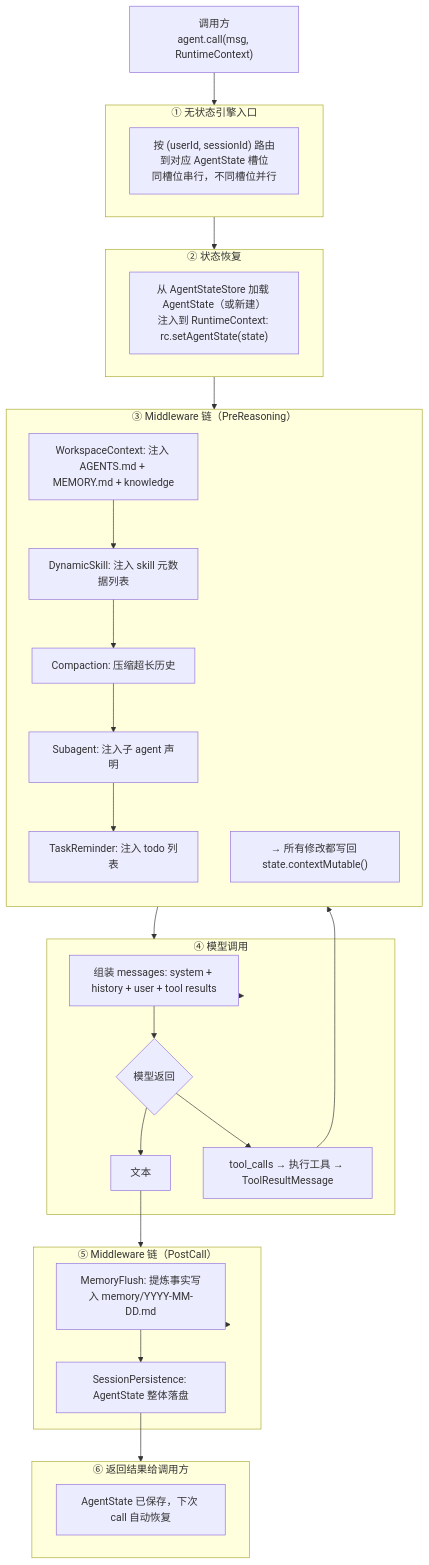
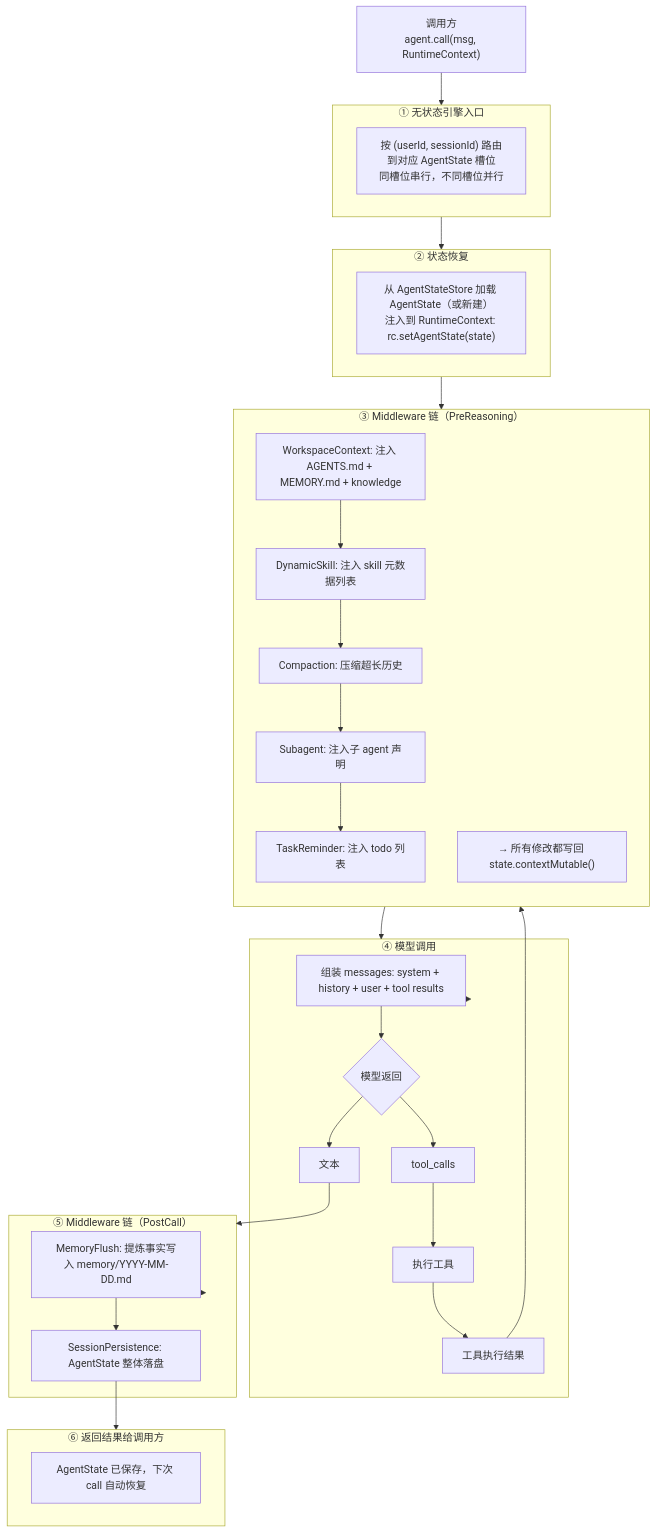
Before and after one commit to Kuangcp/Note: the third of 3 diagrams in Ai/FrameWork/AgentScope.md, drawn with Mermaid. The commit also changed other lines of this file and 1 other file, not shown here.

````diff
--- a/Ai/FrameWork/AgentScope.md
+++ b/Ai/FrameWork/AgentScope.md
@@ -211,55 +211,55 @@
 ```mermaid
 flowchart TB
     caller["调用方
 agent.call(msg, RuntimeContext)"]
 
     subgraph engine ["① 无状态引擎入口"]
         route["按 (userId, sessionId) 路由到对应 AgentState 槽位
 同槽位串行，不同槽位并行"]
     end
 
     subgraph restore ["② 状态恢复"]
         load["从 AgentStateStore 加载 AgentState（或新建）
 注入到 RuntimeContext: rc.setAgentState(state)"]
     end
 
     subgraph pre_mw ["③ Middleware 链（PreReasoning）"]
         direction TB
         wc["WorkspaceContext: 注入 AGENTS.md + MEMORY.md + knowledge"]
         ds["DynamicSkill: 注入 skill 元数据列表"]
         comp["Compaction: 压缩超长历史"]
         sa["Subagent: 注入子 agent 声明"]
         tr["TaskReminder: 注入 todo 列表"]
         wc --> ds --> comp --> sa --> tr
         note_pre["→ 所有修改都写回 state.contextMutable()"]
     end
 
     subgraph model ["④ 模型调用"]
         assemble["组装 messages: system + history + user + tool results"]
         decide{"模型返回"}
         text["文本"]
-        tool["tool_calls → 执行工具 → ToolResultMessage"]
+        tool["tool_calls"] --> tool_exe["执行工具"] --> tool_result["工具执行结果"]
     end
 
     subgraph post_mw ["⑤ Middleware 链（PostCall）"]
         mf["MemoryFlush: 提炼事实写入 memory/YYYY-MM-DD.md"]
         sp["SessionPersistence: AgentState 整体落盘"]
     end
 
     subgraph output ["⑥ 返回结果给调用方"]
         done["AgentState 已保存，下次 call 自动恢复"]
     end
 
     caller --> engine
     engine --> restore
     restore --> pre_mw
     pre_mw --> model
     model --> assemble
     assemble --> decide
     decide --> text
     decide --> tool
-    tool --> pre_mw
+    tool_result --> pre_mw
     text --> post_mw
     post_mw --> mf --> sp
     sp --> output
 ```
````
